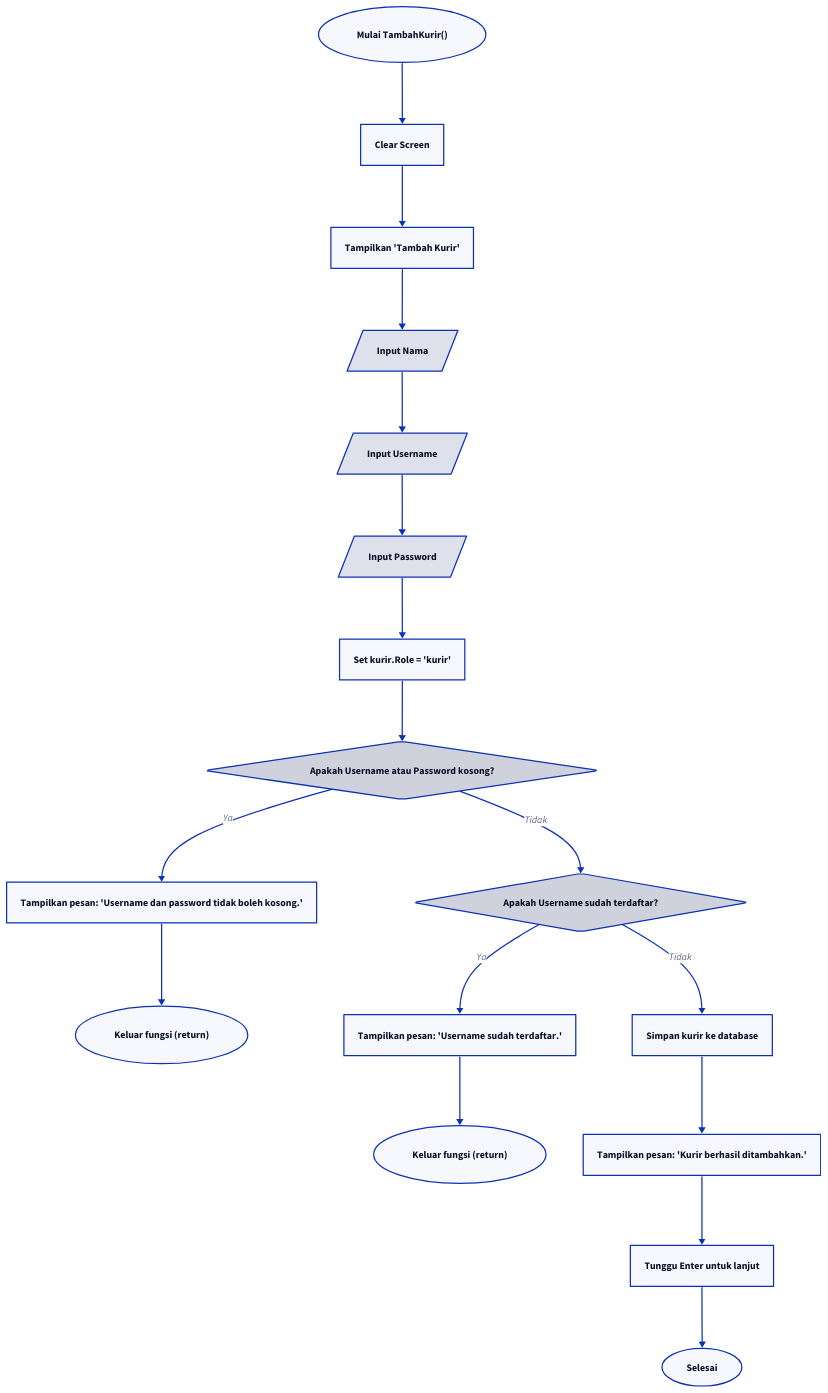
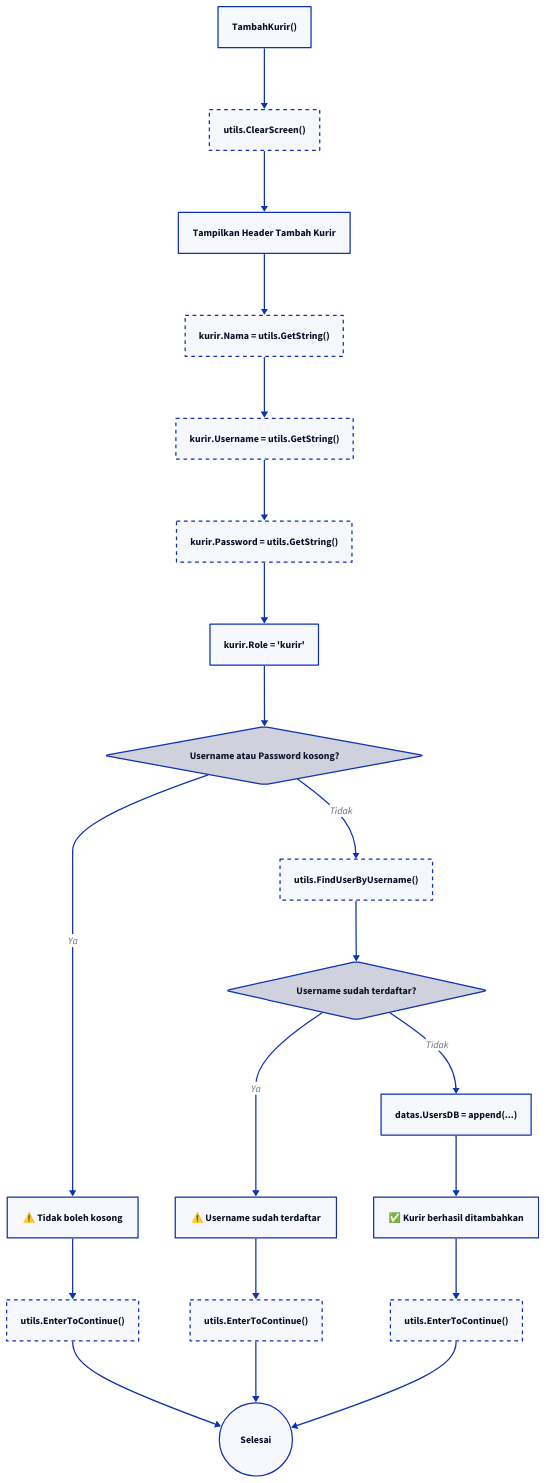
The diagram in flowchart/2.TambahKurir.d2 (FlyingThaCat/ALPRO-TUBES-PackageDelivery), drawn with D2 before and after one commit. The commit also changed 165 other files, not shown here.

Commit message:
update current flowchart

```diff
--- a/flowchart/2.TambahKurir.d2
+++ b/flowchart/2.TambahKurir.d2
@@ -1,78 +1,123 @@
-direction: down
-
-start: "Mulai TambahKurir()" {
-  shape: oval
-}
-
-clear: "Clear Screen" {
+TambahKurir: {
+  label: "TambahKurir()"
   shape: rectangle
 }
 
-title: "Tampilkan 'Tambah Kurir'" {
+ClearScreen: {
+  label: "utils.ClearScreen()"
+  shape: rectangle
+  style: {
+    stroke-dash: 3
+  }
+}
+
+TampilkanJudul: {
+  label: "Tampilkan Header Tambah Kurir"
   shape: rectangle
 }
 
-inputNama: "Input Nama" {
-  shape: parallelogram
+InputNama: {
+  label: "kurir.Nama = utils.GetString()"
+  shape: rectangle
+  style: {
+    stroke-dash: 3
+  }
 }
 
-inputUsername: "Input Username" {
-  shape: parallelogram
+InputUsername: {
+  label: "kurir.Username = utils.GetString()"
+  shape: rectangle
+  style: {
+    stroke-dash: 3
+  }
 }
 
-inputPassword: "Input Password" {
-  shape: parallelogram
+InputPassword: {
+  label: "kurir.Password = utils.GetString()"
+  shape: rectangle
+  style: {
+    stroke-dash: 3
+  }
 }
 
-setRole: "Set kurir.Role = 'kurir'" {
+SetRoleKurir: {
+  label: "kurir.Role = 'kurir'"
   shape: rectangle
 }
 
-checkEmpty: "Apakah Username atau Password kosong?" {
+CekKosong: {
+  label: "Username atau Password kosong?"
   shape: diamond
 }
 
-printErrorEmpty: "Tampilkan pesan: 'Username dan password tidak boleh kosong.'" {
+TampilkanKosong: {
+  label: "⚠️  Tidak boleh kosong"
   shape: rectangle
 }
 
-returnEmpty: "Keluar fungsi (return)" {
-  shape: oval
+EnterToContinueKosong: {
+  label: "utils.EnterToContinue()"
+  shape: rectangle
+  style: {
+    stroke-dash: 3
+  }
 }
 
-checkUsername: "Apakah Username sudah terdaftar?" {
+FindUser: {
+  label: "utils.FindUserByUsername()"
+  shape: rectangle
+  style: {
+    stroke-dash: 3
+  }
+}
+
+CekUsernameAda: {
+  label: "Username sudah terdaftar?"
   shape: diamond
 }
 
-printErrorExists: "Tampilkan pesan: 'Username sudah terdaftar.'" {
+TampilkanDuplikat: {
+  label: "⚠️  Username sudah terdaftar"
   shape: rectangle
 }
 
-returnExists: "Keluar fungsi (return)" {
-  shape: oval
+EnterToContinueDuplikat: {
+  label: "utils.EnterToContinue()"
+  shape: rectangle
+  style: {
+    stroke-dash: 3
+  }
 }
 
-saveUser: "Simpan kurir ke database" {
+SimpanKurir: {
+  label: "datas.UsersDB = append(...)"
   shape: rectangle
 }
 
-printSuccess: "Tampilkan pesan: 'Kurir berhasil ditambahkan.'" {
+TampilkanSukses: {
+  label: "✅  Kurir berhasil ditambahkan"
   shape: rectangle
 }
 
-waitContinue: "Tunggu Enter untuk lanjut" {
+EnterToContinueAkhir: {
+  label: "utils.EnterToContinue()"
   shape: rectangle
+  style: {
+    stroke-dash: 3
+  }
 }
 
-end: "Selesai" {
-  shape: oval
+Selesai: {
+  label: "Selesai"
+  shape: circle
 }
 
-start -> clear -> title -> inputNama -> inputUsername -> inputPassword -> setRole -> checkEmpty
-checkEmpty -> printErrorEmpty: Ya
-printErrorEmpty -> returnEmpty
-checkEmpty -> checkUsername: Tidak
-checkUsername -> printErrorExists: Ya
-printErrorExists -> returnExists
-checkUsername -> saveUser: Tidak
-saveUser -> printSuccess -> waitContinue -> end
+TambahKurir -> ClearScreen -> TampilkanJudul -> InputNama -> InputUsername -> InputPassword -> SetRoleKurir -> CekKosong
+CekKosong -> TampilkanKosong: "Ya"
+TampilkanKosong -> EnterToContinueKosong -> Selesai
+CekKosong -> FindUser: "Tidak"
+FindUser -> CekUsernameAda
+CekUsernameAda -> TampilkanDuplikat: "Ya"
+TampilkanDuplikat -> EnterToContinueDuplikat -> Selesai
+CekUsernameAda -> SimpanKurir: "Tidak"
+SimpanKurir -> TampilkanSukses -> EnterToContinueAkhir -> Selesai
```
